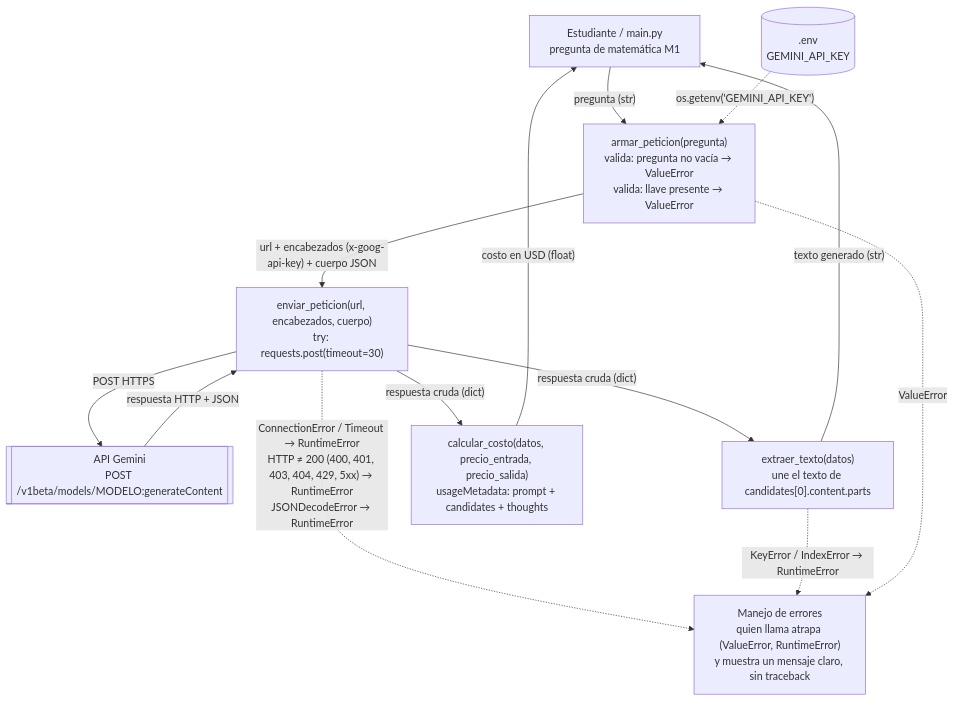
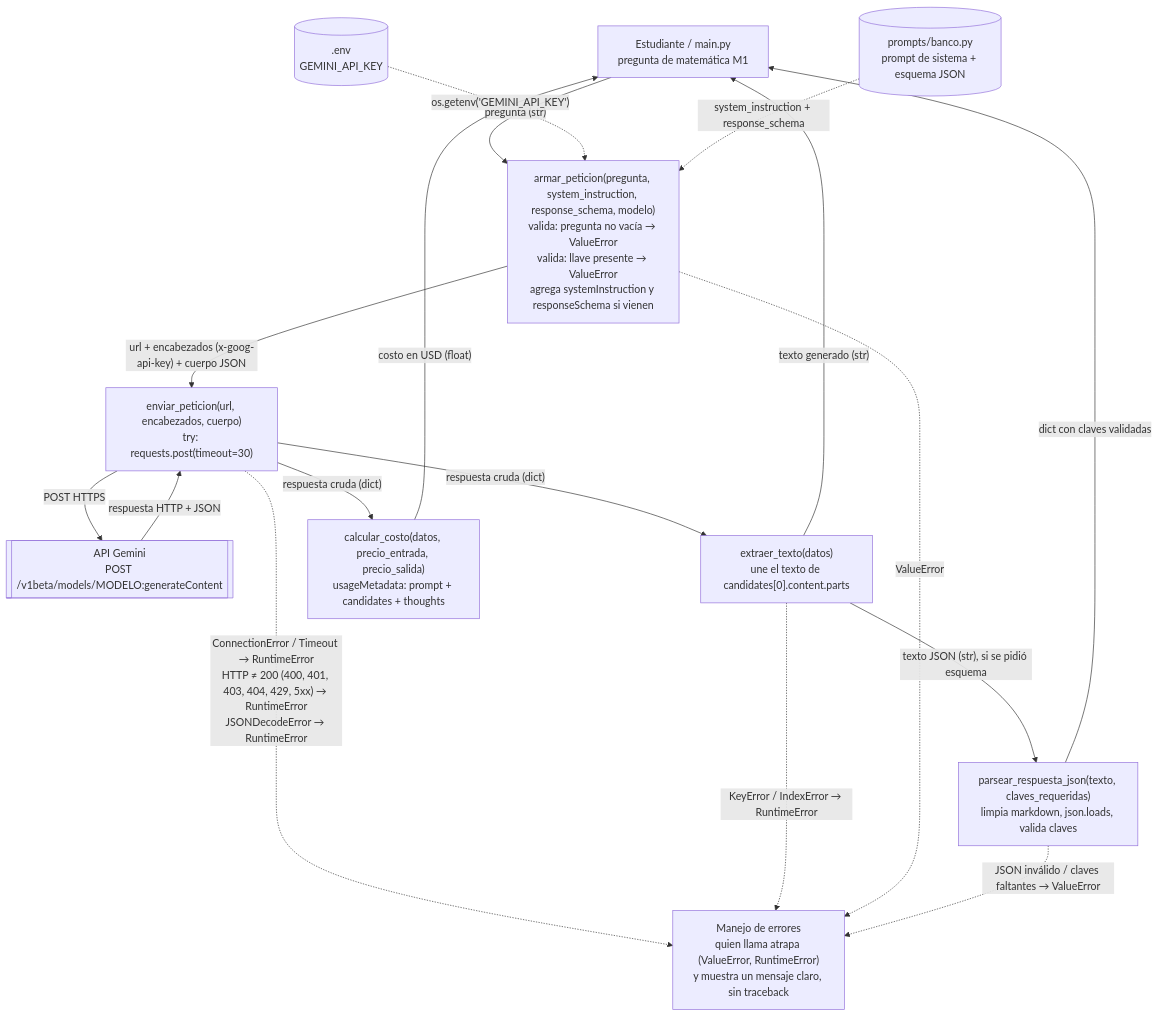
Before and after one commit to JoseSebaLM/PM1: the diagram in docs/diagrama_arquitectura.md, drawn with Mermaid. The commit also changed other lines of this file, not shown here.

Commit message:
Actualizar diagrama de arquitectura con prompt de sistema y salida JSON

````diff
--- a/docs/diagrama_arquitectura.md
+++ b/docs/diagrama_arquitectura.md
@@ -5,25 +5,31 @@
 ```mermaid
 flowchart TD
     U["Estudiante / main.py<br/>pregunta de matemática M1"]
     ENV[(".env<br/>GEMINI_API_KEY")]
-    A["armar_peticion(pregunta)<br/>valida: pregunta no vacía → ValueError<br/>valida: llave presente → ValueError"]
+    A["armar_peticion(pregunta, system_instruction, response_schema, modelo)<br/>valida: pregunta no vacía → ValueError<br/>valida: llave presente → ValueError<br/>agrega systemInstruction y responseSchema si vienen"]
+    B[("prompts/banco.py<br/>prompt de sistema + esquema JSON")]
+    P["parsear_respuesta_json(texto, claves_requeridas)<br/>limpia markdown, json.loads, valida claves"]
     E["enviar_peticion(url, encabezados, cuerpo)<br/>try: requests.post(timeout=30)"]
     API[["API Gemini<br/>POST /v1beta/models/MODELO:generateContent"]]
     X["extraer_texto(datos)<br/>une el texto de candidates[0].content.parts"]
     C["calcular_costo(datos, precio_entrada, precio_salida)<br/>usageMetadata: prompt + candidates + thoughts"]
 
     U -- "pregunta (str)" --> A
     ENV -. "os.getenv('GEMINI_API_KEY')" .-> A
+    B -. "system_instruction + response_schema" .-> A
     A -- "url + encabezados (x-goog-api-key) + cuerpo JSON" --> E
     E -- "POST HTTPS" --> API
     API -- "respuesta HTTP + JSON" --> E
     E -- "respuesta cruda (dict)" --> X
     E -- "respuesta cruda (dict)" --> C
     X -- "texto generado (str)" --> U
+    X -- "texto JSON (str), si se pidió esquema" --> P
+    P -- "dict con claves validadas" --> U
     C -- "costo en USD (float)" --> U
 
     E -. "ConnectionError / Timeout → RuntimeError<br/>HTTP ≠ 200 (400, 401, 403, 404, 429, 5xx) → RuntimeError<br/>JSONDecodeError → RuntimeError" .-> ERR
     X -. "KeyError / IndexError → RuntimeError" .-> ERR
     A -. "ValueError" .-> ERR
+    P -. "JSON inválido / claves faltantes → ValueError" .-> ERR
     ERR["Manejo de errores<br/>quien llama atrapa (ValueError, RuntimeError)<br/>y muestra un mensaje claro, sin traceback"]
 ```
````
